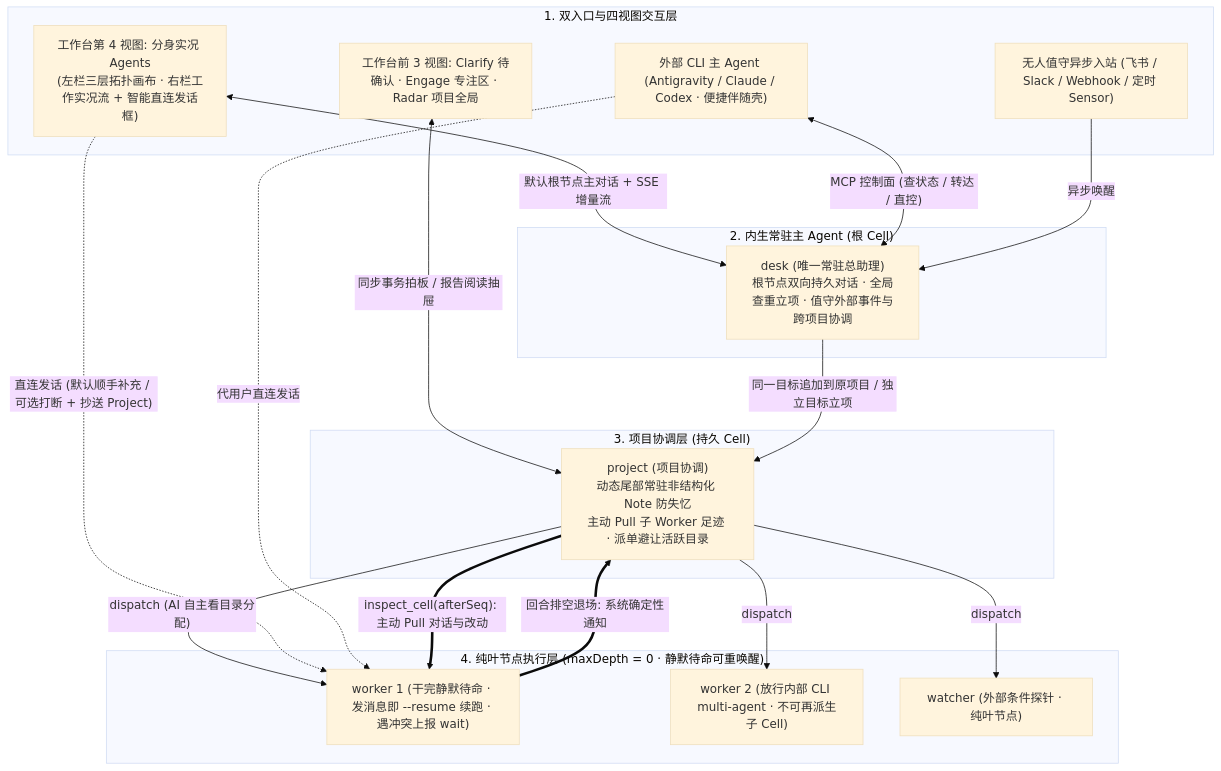
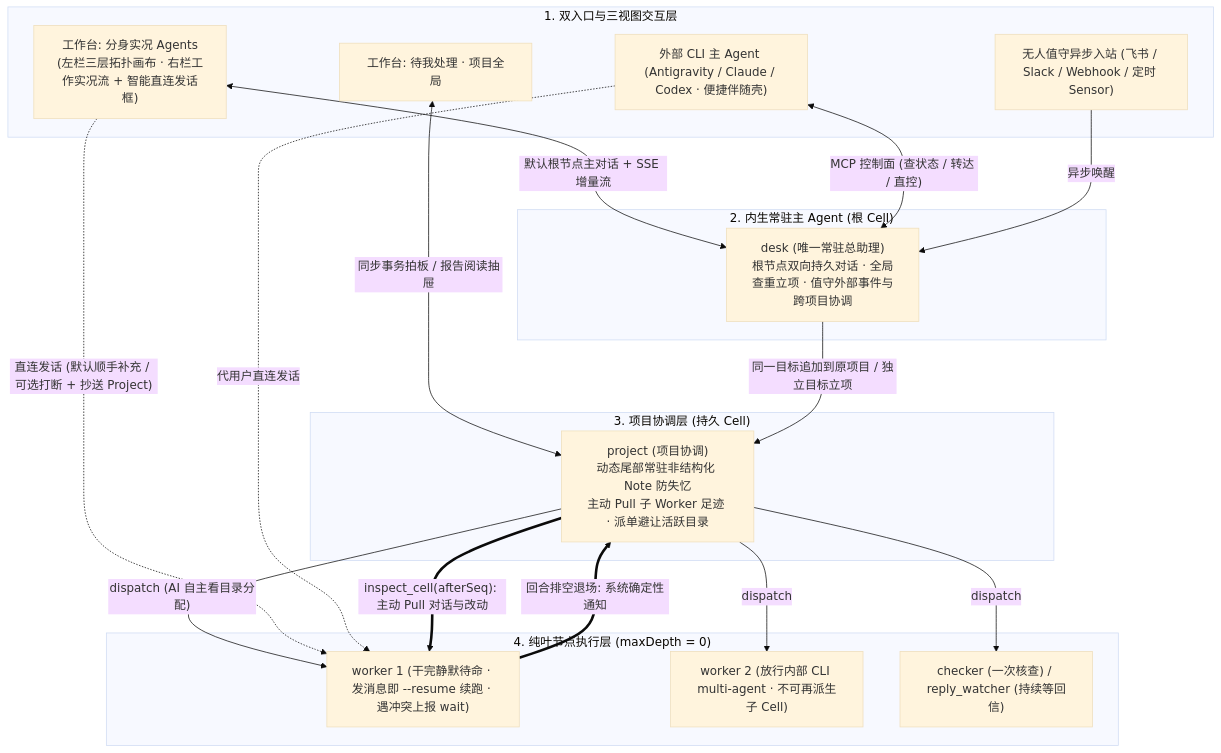
Before and after one commit to project-aoi/ng-agents: the diagram in docs/05-proposals/README.md, drawn with Mermaid (base theme). The commit also changed other lines of this file and 210 other files, not shown here.

````diff
--- a/docs/05-proposals/README.md
+++ b/docs/05-proposals/README.md
@@ -33,37 +32,37 @@
 ```mermaid
 flowchart TB
-    subgraph Entry["1. 双入口与四视图交互层"]
-        AgentsTab["工作台第 4 视图: 分身实况 Agents\n(左栏三层拓扑画布 · 右栏工作实况流 + 智能直连发话框)"]
-        GtdTabs["工作台前 3 视图: Clarify 待确认 · Engage 专注区 · Radar 项目全局"]
+    subgraph Entry["1. 双入口与三视图交互层"]
+        AgentsTab["工作台: 分身实况 Agents\n(左栏三层拓扑画布 · 右栏工作实况流 + 智能直连发话框)"]
+        GtdTabs["工作台: 待我处理 · 项目全局"]
         ExtAgent["外部 CLI 主 Agent (Antigravity / Claude / Codex · 便捷伴随壳)"]
         ExtEvent["无人值守异步入站 (飞书 / Slack / Webhook / 定时 Sensor)"]
     end
 
     subgraph Root["2. 内生常驻主 Agent (根 Cell)"]
         Desk["desk (唯一常驻总助理)\n根节点双向持久对话 · 全局查重立项 · 值守外部事件与跨项目协调"]
     end
 
     subgraph Coord["3. 项目协调层 (持久 Cell)"]
         Proj["project (项目协调)\n动态尾部常驻非结构化 Note 防失忆\n主动 Pull 子 Worker 足迹 · 派单避让活跃目录"]
     end
 
-    subgraph Leaves["4. 纯叶节点执行层 (maxDepth = 0 · 静默待命可重唤醒)"]
+    subgraph Leaves["4. 纯叶节点执行层 (maxDepth = 0)"]
         W1["worker 1 (干完静默待命 · 发消息即 --resume 续跑 · 遇冲突上报 wait)"]
         W2["worker 2 (放行内部 CLI multi-agent · 不可再派生子 Cell)"]
-        WT["watcher (外部条件探针 · 纯叶节点)"]
+        WT["checker (一次核查) / reply_watcher (持续等回信)"]
     end
 
     AgentsTab <-->|"默认根节点主对话 + SSE 增量流"| Desk
     GtdTabs <-->|"同步事务拍板 / 报告阅读抽屉"| Proj
     ExtAgent <-->|"MCP 控制面 (查状态 / 转达 / 直控)"| Desk
     ExtEvent -->|"异步唤醒"| Desk
     Desk -->|"同一目标追加到原项目 / 独立目标立项"| Proj
     Proj -->|"dispatch (AI 自主看目录分配)"| W1
     Proj -->|"dispatch"| W2
     Proj -->|"dispatch"| WT
 
     AgentsTab -.->|"直连发话 (默认顺手补充 / 可选打断 + 抄送 Project)"| W1
     ExtAgent -.->|"代用户直连发话"| W1
     W1 ==>|"回合排空退场: 系统确定性通知"| Proj
     Proj ==>|"inspect_cell(afterSeq): 主动 Pull 对话与改动"| W1
 ```
````
